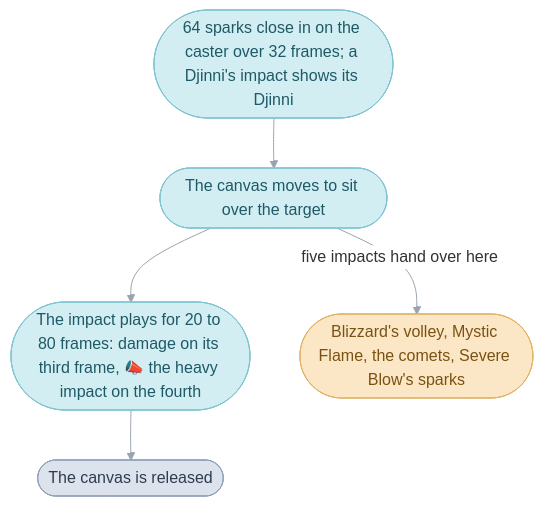
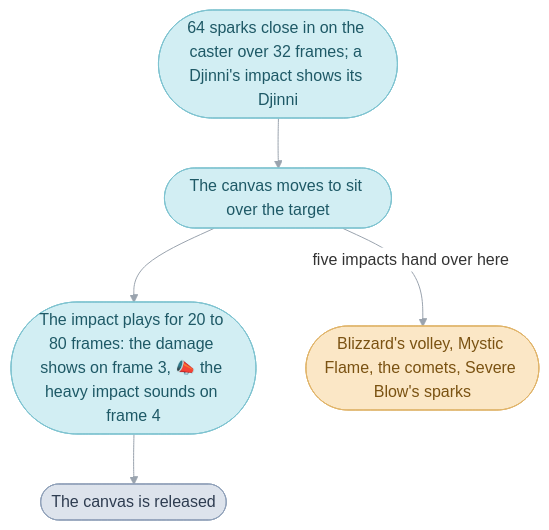
One commit to PascalPixel/alchemy changed the fifth of 5 diagrams in games/tbs/src/battle_effect/README.md. Above: the diagram before and after it, drawn with Mermaid. The commit also changed other lines of this file, not shown here.

````diff
--- a/games/tbs/src/battle_effect/README.md
+++ b/games/tbs/src/battle_effect/README.md
@@ -544,14 +550,14 @@
 ```mermaid
 %%{init: {"theme": "base", "themeVariables": {"lineColor": "#9AA3AE", "edgeLabelBackground": "#FFFFFF"}, "flowchart": {"curve": "basis", "padding": 12}}}%%
 flowchart TD
   gather(["64 sparks close in on the caster over 32 frames; a Djinni's impact shows its Djinni"]) --> move(["The canvas moves to sit over the target"])
-  move --> impact(["The impact plays for 20 to 80 frames: damage on its third frame, 📣 the heavy impact on the fourth"])
+  move --> impact(["The impact plays for 20 to 80 frames: the damage shows on frame 3, 📣 the heavy impact sounds on frame 4"])
   impact --> release(["The canvas is released"])
   move -- "five impacts hand over here" --> handoff(["Blizzard's volley, Mystic Flame, the comets, Severe Blow's sparks"])
   classDef mainRoutine fill:#DDE3EC,stroke:#8FA0B8,color:#2E3C50
   classDef sequence fill:#D2EEF3,stroke:#7FC3D0,color:#1E5966
   classDef frame fill:#FBE7C6,stroke:#E0B46A,color:#7A5212
   class gather,move,impact sequence
   class release mainRoutine
   class handoff frame
 ```
````
